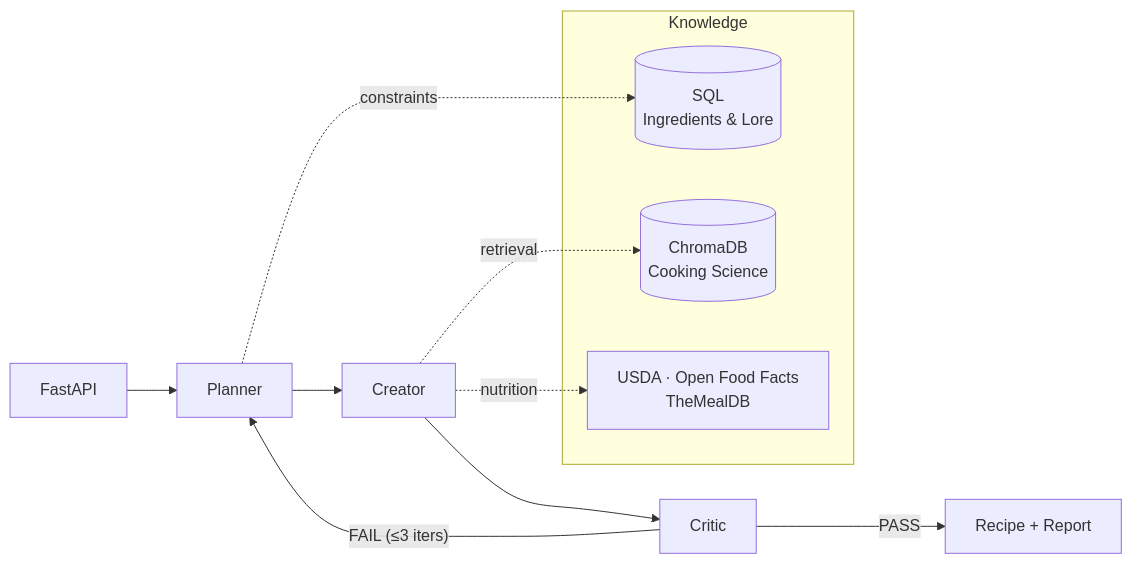
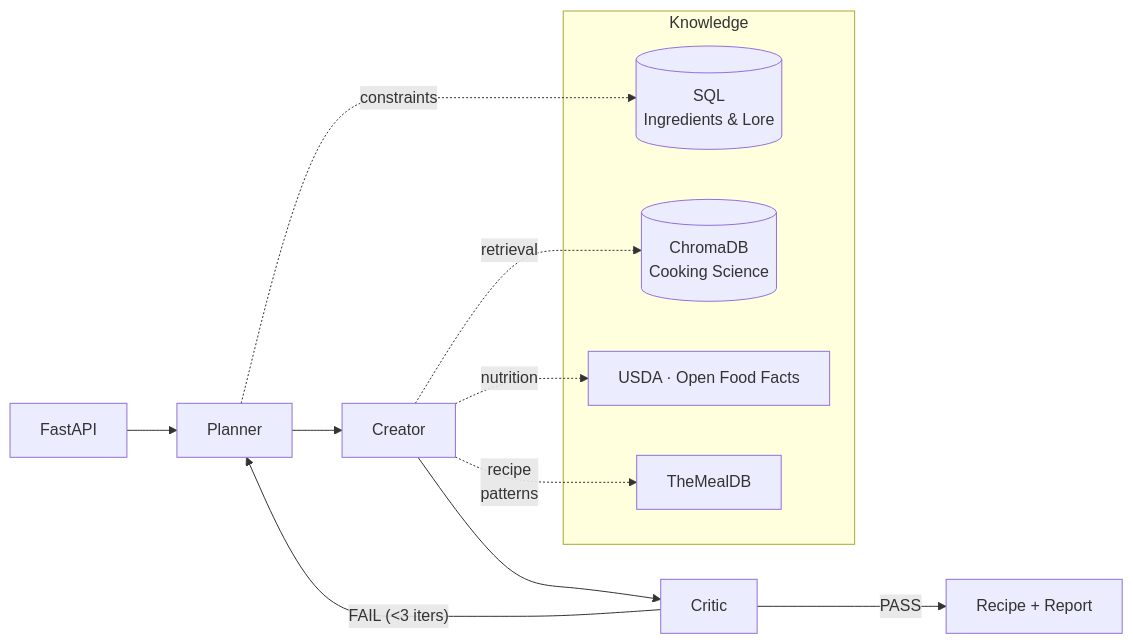
The diagram in README.md (jcanosan/Guzzlers-n-Dragons), drawn with Mermaid before and after one commit. The commit also changed other lines of this file and 3 other files, not shown here.

````diff
--- a/README.md
+++ b/README.md
@@ -30,18 +33,20 @@
 ```mermaid
 flowchart LR
     A[FastAPI] --> P[Planner]
     P --> C[Creator]
     C --> R[Critic]
-    R -->|"FAIL (≤3 iters)"| P
+    R -->|"FAIL (<3 iters)"| P
     R -->|"PASS"| OUT[Recipe + Report]
 
     subgraph Knowledge
         SQL[(SQL<br/>Ingredients & Lore)]
         RAG[(ChromaDB<br/>Cooking Science)]
-        API[USDA · Open Food Facts<br/>TheMealDB]
+        NtrAPI[USDA · Open Food Facts]
+        RcpAPI[TheMealDB]
     end
 
     P -.->|constraints| SQL
     C -.->|retrieval| RAG
-    C -.->|nutrition| API
+    C -.->|nutrition| NtrAPI
+    C -.->|recipe<br/>patterns| RcpAPI
 ```
````
